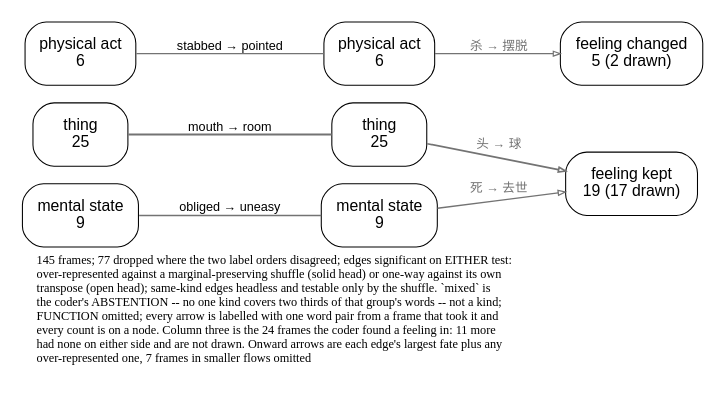
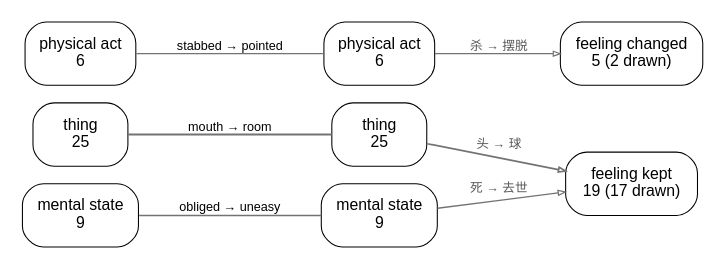
One commit to quadrismegistus/malignment changed the diagram in experiments/displacement/freudian_hypothesis/results/kind_flow_zh_either.dot. Above: the diagram before and after it, drawn with Graphviz. The commit also changed 20 other files, not shown here.

```diff
--- a/experiments/displacement/freudian_hypothesis/results/kind_flow_zh_either.dot
+++ b/experiments/displacement/freudian_hypothesis/results/kind_flow_zh_either.dot
@@ -1,29 +1,27 @@
 digraph kindflow {
   rankdir=LR; splines=true; overlap=false;
   size="4.8,5.52";
   bgcolor="white"; nodesep=0.14; ranksep=0.50;
   node [shape=box style="rounded" fontname="Helvetica" fontsize=9 color="black" fontcolor="black" margin="0.06,0.035" penwidth=0.6];
   edge [fontname="Helvetica" fontsize=7.2 color="#4d4d4d" penwidth=0.75 arrowsize=0.5];
   { rank=same;
     "B_THING" [label="thing\n25"];
     "B_MENTAL_STATE" [label="mental state\n9"];
     "B_PHYSICAL_ACT" [label="physical act\n6"];
   }
   { rank=same;
     "A_THING" [label="thing\n25"];
     "A_MENTAL_STATE" [label="mental state\n9"];
     "A_PHYSICAL_ACT" [label="physical act\n6"];
   }
   { rank=same;
   "F_KEPT" [label="feeling kept\n19 (17 drawn)"];
   "F_RECOLORED" [label="feeling changed\n5 (2 drawn)"];
   }
   "B_THING" -> "A_THING" [label="mouth → room" arrowhead=none color="#737373" penwidth=1.09];
   "B_MENTAL_STATE" -> "A_MENTAL_STATE" [label="obliged → uneasy" arrowhead=none color="#737373" penwidth=0.85];
   "B_PHYSICAL_ACT" -> "A_PHYSICAL_ACT" [label="stabbed → pointed" arrowhead=none color="#737373" penwidth=0.79];
-  "A_THING" -> "F_KEPT" [label="头 → 球" color="#737373" fontcolor="#737373" penwidth=0.93 arrowsize=0.4 arrowhead=onormal];
-  "A_MENTAL_STATE" -> "F_KEPT" [label="死 → 去世" color="#737373" fontcolor="#737373" penwidth=0.74 arrowsize=0.4 arrowhead=onormal];
-  "A_PHYSICAL_ACT" -> "F_RECOLORED" [label="杀 → 摆脱" color="#737373" fontcolor="#737373" penwidth=0.67 arrowsize=0.4 arrowhead=onormal];
-  labelloc="b"; labeljust="l";
-  label=<<font point-size="7.65">145 frames; 77 dropped where the two label orders disagreed; edges significant on EITHER test:<br align="left"/>over-represented against a marginal-preserving shuffle (solid head) or one-way against its own<br align="left"/>transpose (open head); same-kind edges headless and testable only by the shuffle. `mixed` is<br align="left"/>the coder's ABSTENTION -- no one kind covers two thirds of that group's words -- not a kind;<br align="left"/>FUNCTION omitted; every arrow is labelled with one word pair from a frame that took it and<br align="left"/>every count is on a node. Column three is the 24 frames the coder found a feeling in: 11 more<br align="left"/>had none on either side and are not drawn. Onward arrows are each edge's largest fate plus any<br align="left"/>over-represented one, 7 frames in smaller flows omitted<br align="left"/></font>>;
+  "A_THING" -> "F_KEPT" [label="头 → 球" color="#737373" fontcolor="#595959" penwidth=0.93 arrowsize=0.4 arrowhead=onormal];
+  "A_MENTAL_STATE" -> "F_KEPT" [label="死 → 去世" color="#737373" fontcolor="#595959" penwidth=0.74 arrowsize=0.4 arrowhead=onormal];
+  "A_PHYSICAL_ACT" -> "F_RECOLORED" [label="杀 → 摆脱" color="#737373" fontcolor="#595959" penwidth=0.67 arrowsize=0.4 arrowhead=onormal];
 }
```
